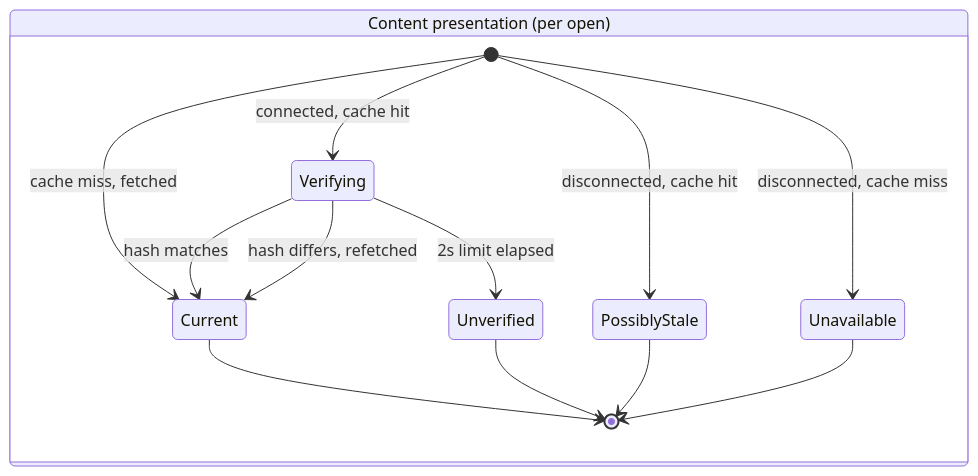
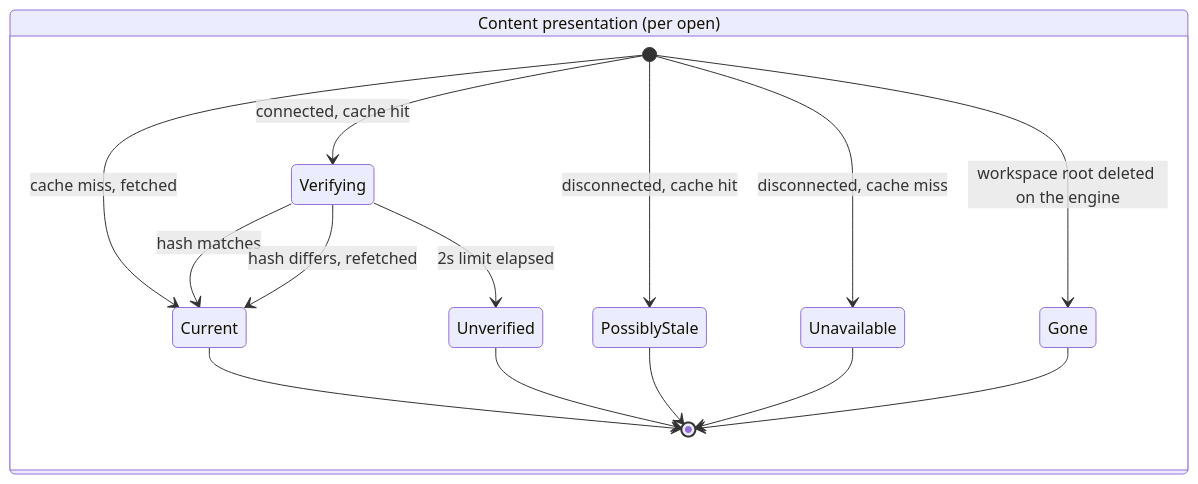
The fifth of 6 diagrams in specs/005-workspace-cache/design.md (nbugash/project-apex), drawn with Mermaid before and after one commit. The commit also changed other lines of this file and 4 other files, not shown here.

````diff
--- a/specs/005-workspace-cache/design.md
+++ b/specs/005-workspace-cache/design.md
@@ -349,16 +349,18 @@
 ```mermaid
 stateDiagram-v2
     state "Content presentation (per open)" as P {
         [*] --> Verifying: connected, cache hit
         [*] --> Current: cache miss, fetched
         [*] --> PossiblyStale: disconnected, cache hit
         [*] --> Unavailable: disconnected, cache miss
+        [*] --> Gone: workspace root deleted on the engine
         Verifying --> Current: hash matches
         Verifying --> Current: hash differs, refetched
         Verifying --> Unverified: 2s limit elapsed
         Current --> [*]
         Unverified --> [*]
         PossiblyStale --> [*]
         Unavailable --> [*]
+        Gone --> [*]
     }
 ```
````
